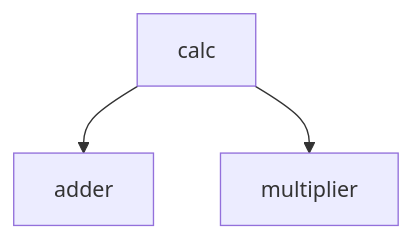
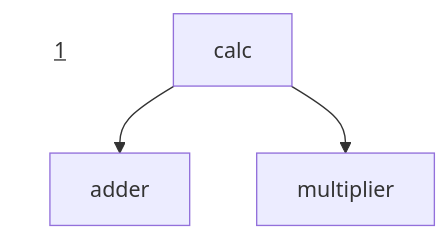
The first of 6 diagrams in README.md (mwhittaker/calculator), drawn with Mermaid before and after one commit. The commit also changed other lines of this file and 8 other files, not shown here.

````diff
--- a/README.md
+++ b/README.md
@@ -3,5 +3,7 @@
 ```mermaid
 flowchart TD
+    title[<u>1</u>]
+    style title fill:#FFF,stroke:#FFF
     calc --> adder
     calc --> multiplier
 ```
````
